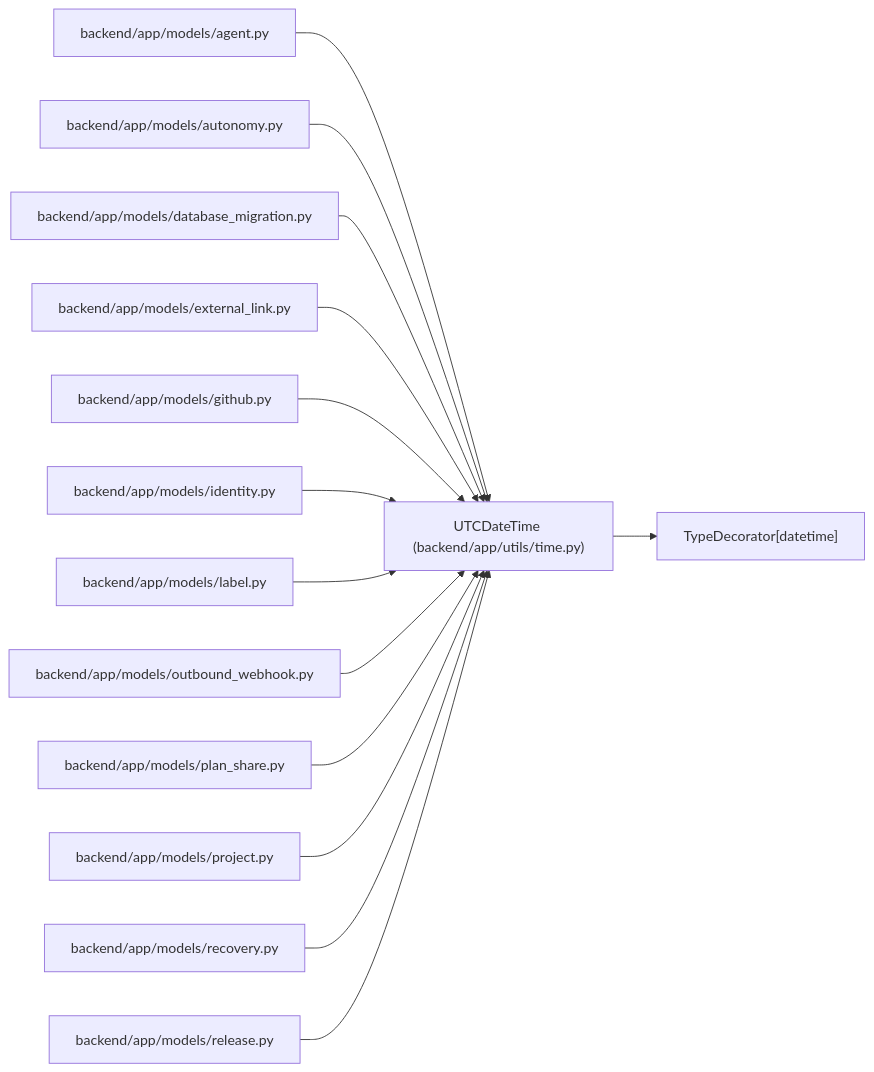
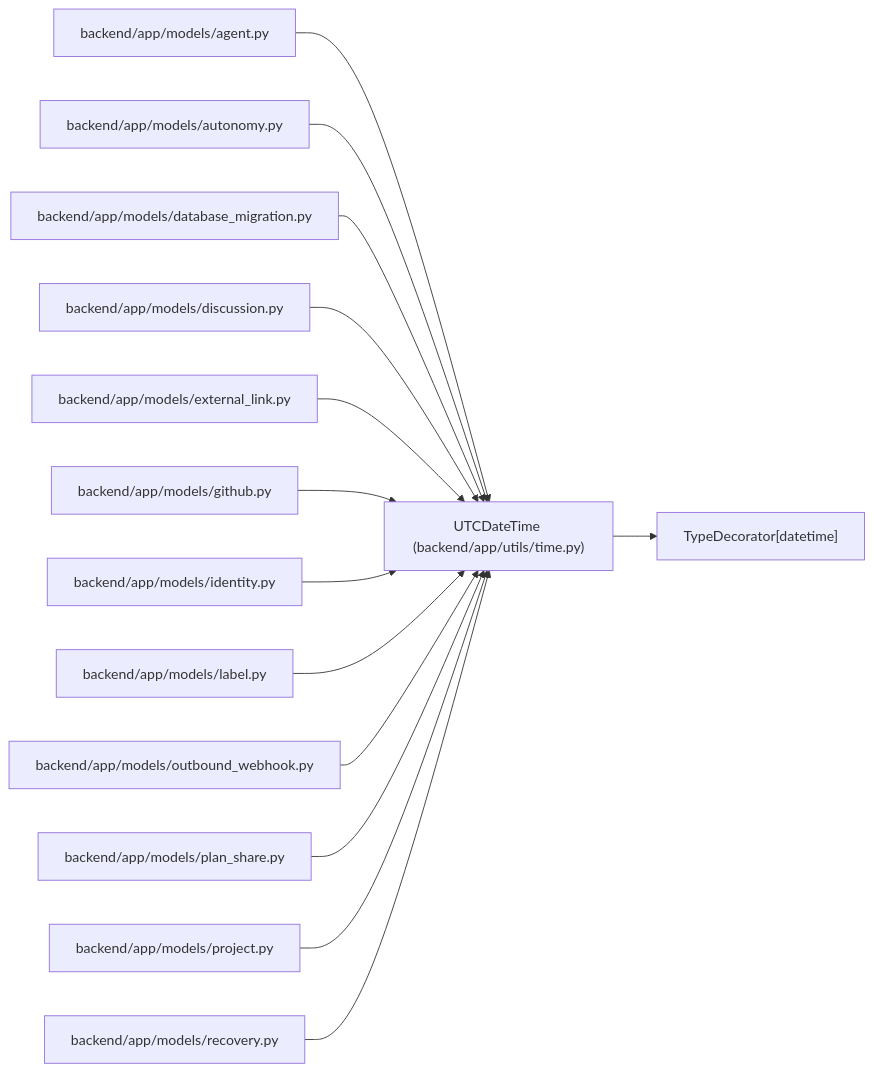
The diagram in docs/llm_wiki/entities/UTCDateTime.md (Denissvgn/WorkChord), drawn with Mermaid before and after one commit. The commit also changed other lines of this file and 1888 other files, not shown here.

````diff
--- a/docs/llm_wiki/entities/UTCDateTime.md
+++ b/docs/llm_wiki/entities/UTCDateTime.md
@@ -31,43 +31,43 @@
 ```mermaid
 flowchart LR
     n0["UTCDateTime (backend/app/utils/time.py)"]
     n1["TypeDecorator[datetime]"]
     n2["backend/app/models/agent.py"]
     n3["backend/app/models/autonomy.py"]
     n4["backend/app/models/database_migration.py"]
-    n5["backend/app/models/external_link.py"]
-    n6["backend/app/models/github.py"]
-    n7["backend/app/models/identity.py"]
-    n8["backend/app/models/label.py"]
-    n9["backend/app/models/outbound_webhook.py"]
-    n10["backend/app/models/plan_share.py"]
-    n11["backend/app/models/project.py"]
-    n12["backend/app/models/recovery.py"]
-    n13["backend/app/models/release.py"]
+    n5["backend/app/models/discussion.py"]
+    n6["backend/app/models/external_link.py"]
+    n7["backend/app/models/github.py"]
+    n8["backend/app/models/identity.py"]
+    n9["backend/app/models/label.py"]
+    n10["backend/app/models/outbound_webhook.py"]
+    n11["backend/app/models/plan_share.py"]
+    n12["backend/app/models/project.py"]
+    n13["backend/app/models/recovery.py"]
     n0 --> n1
     n2 --> n0
     n3 --> n0
     n4 --> n0
     n5 --> n0
     n6 --> n0
     n7 --> n0
     n8 --> n0
     n9 --> n0
     n10 --> n0
     n11 --> n0
     n12 --> n0
     n13 --> n0
     click n0 "../modules/time.md"
     click n2 "../modules/models_agent.md"
     click n3 "../modules/models_autonomy.md"
     click n4 "../modules/models_database_migration.md"
-    click n5 "../modules/models_external_link.md"
-    click n6 "../modules/models_github.md"
-    click n7 "../modules/models_identity.md"
-    click n8 "../modules/models_label.md"
-    click n9 "../modules/models_outbound_webhook.md"
-    click n10 "../modules/models_plan_share.md"
-    click n11 "../modules/models_project.md"
-    click n12 "../modules/recovery.md"
-    click n13 "../modules/models_release.md"
+    click n5 "../modules/models_discussion.md"
+    click n6 "../modules/models_external_link.md"
+    click n7 "../modules/models_github.md"
+    click n8 "../modules/models_identity.md"
+    click n9 "../modules/models_label.md"
+    click n10 "../modules/models_outbound_webhook.md"
+    click n11 "../modules/models_plan_share.md"
+    click n12 "../modules/models_project.md"
+    click n13 "../modules/recovery.md"
 ```
````
